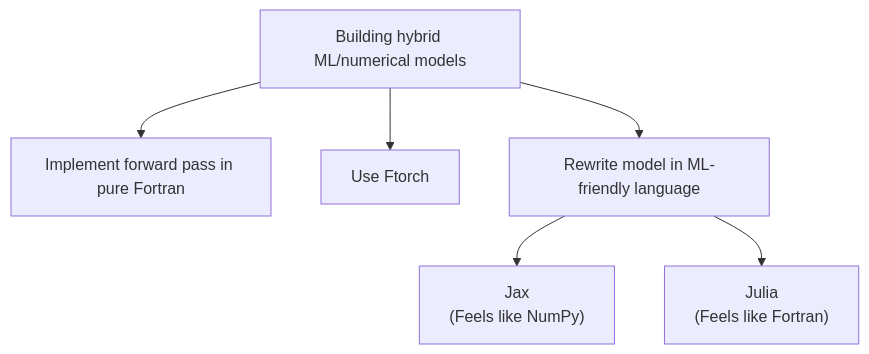
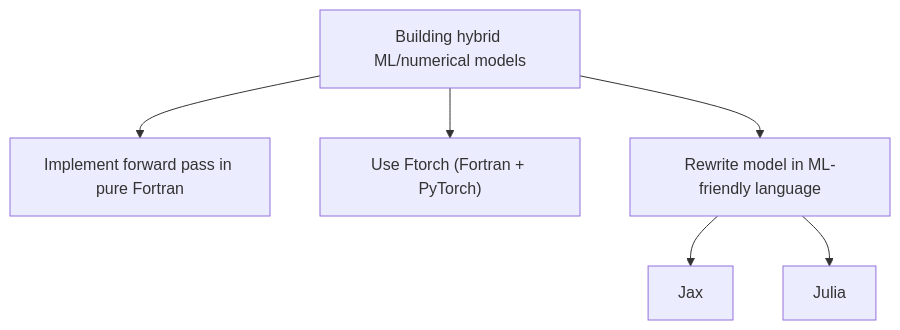
Before and after one commit to ukceh-rse/ukceh-rse.github.io: the diagram in updates/2025-09-04_ml_coupling_workshop/index.qmd, drawn with Mermaid. The commit also changed other lines of this file and 1 other file, not shown here.

````diff
--- a/updates/2025-09-04_ml_coupling_workshop/index.qmd
+++ b/updates/2025-09-04_ml_coupling_workshop/index.qmd
@@ -65,17 +65,17 @@
 ```{mermaid}
 flowchart TD
     A["Building hybrid ML/numerical models"]
 
     B["Implement forward pass in pure Fortran"]
-    C["Use Ftorch"]
+    C["Use Ftorch (Fortran + PyTorch)"]
     D["Rewrite model in ML-friendly language"]
-    E["Jax<br/>(Feels like NumPy)"]
-    F["Julia<br/>(Feels like Fortran)"]
+    E["Jax"]
+    F["Julia"]
 
     A --> B
     A --> C
     A --> D
 
     D --> E
     D --> F
 ```
````
